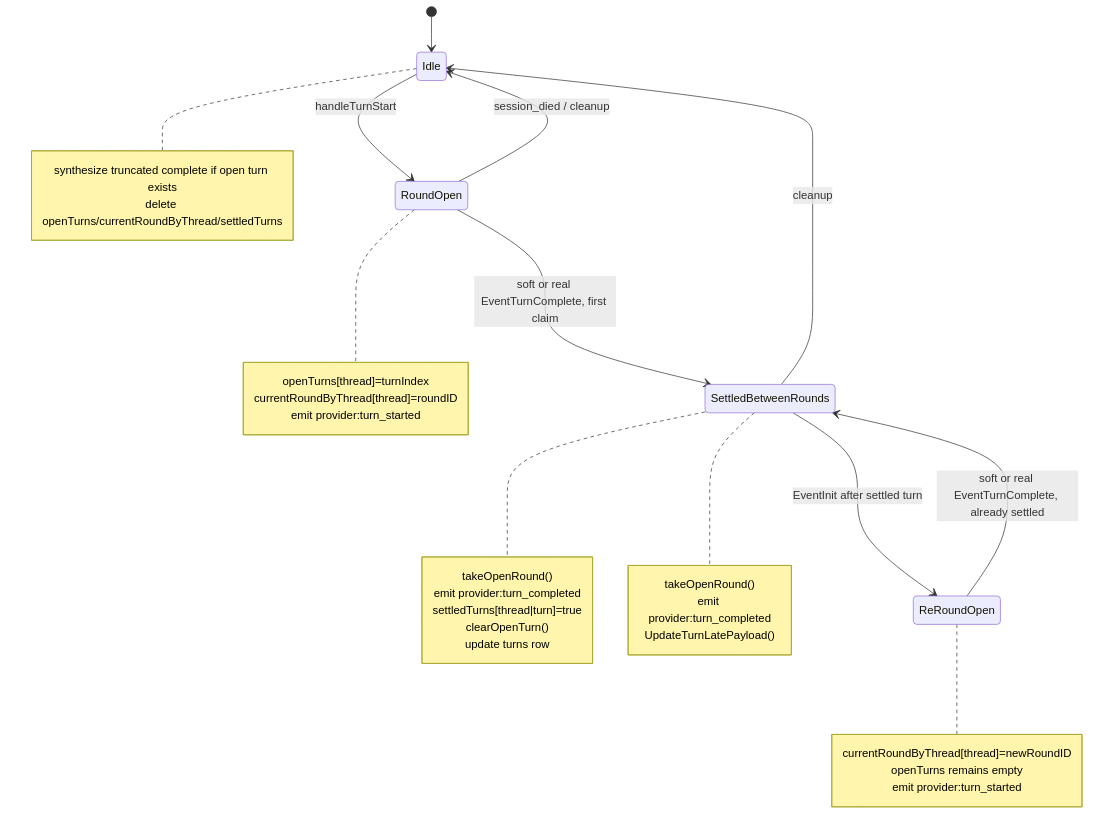
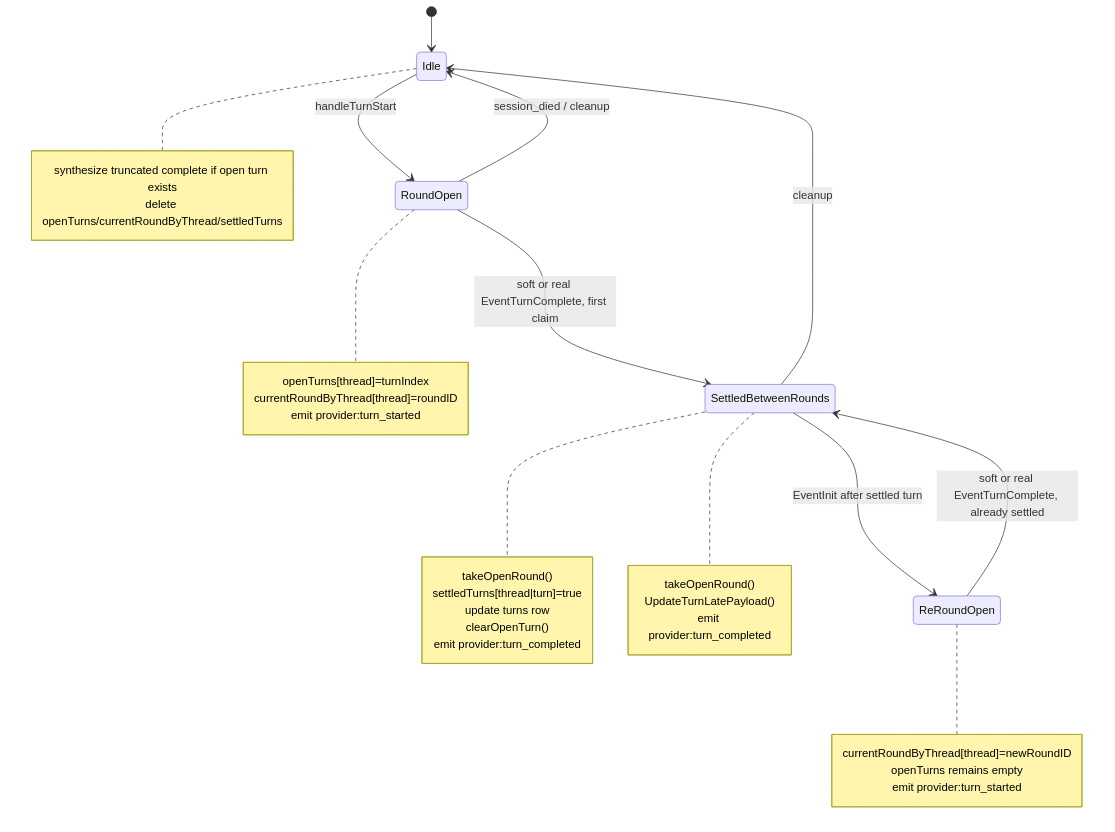
One commit to randalmurphal/agent-overflow changed the diagram in docs/architecture/turn-lifecycle.md. Above: the diagram before and after it, drawn with Mermaid. The commit also changed other lines of this file and 4 other files, not shown here.

````diff
--- a/docs/architecture/turn-lifecycle.md
+++ b/docs/architecture/turn-lifecycle.md
@@ -630,42 +634,42 @@
 ```mermaid
 stateDiagram-v2
     [*] --> Idle
 
     Idle --> RoundOpen: handleTurnStart
     note right of RoundOpen
       openTurns[thread]=turnIndex
       currentRoundByThread[thread]=roundID
       emit provider:turn_started
     end note
 
     RoundOpen --> SettledBetweenRounds: soft or real EventTurnComplete, first claim
     note right of SettledBetweenRounds
       takeOpenRound()
+      settledTurns[thread|turn]=true
+      update turns row
+      clearOpenTurn()
       emit provider:turn_completed
-      settledTurns[thread|turn]=true
-      clearOpenTurn()
-      update turns row
     end note
 
     SettledBetweenRounds --> ReRoundOpen: EventInit after settled turn
     note right of ReRoundOpen
       currentRoundByThread[thread]=newRoundID
       openTurns remains empty
       emit provider:turn_started
     end note
 
     ReRoundOpen --> SettledBetweenRounds: soft or real EventTurnComplete, already settled
     note right of SettledBetweenRounds
       takeOpenRound()
+      UpdateTurnLatePayload()
       emit provider:turn_completed
-      UpdateTurnLatePayload()
     end note
 
     RoundOpen --> Idle: session_died / cleanup
     note right of Idle
       synthesize truncated complete if open turn exists
       delete openTurns/currentRoundByThread/settledTurns
     end note
 
     SettledBetweenRounds --> Idle: cleanup
 ```
````
